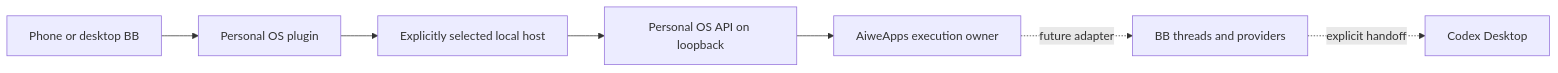
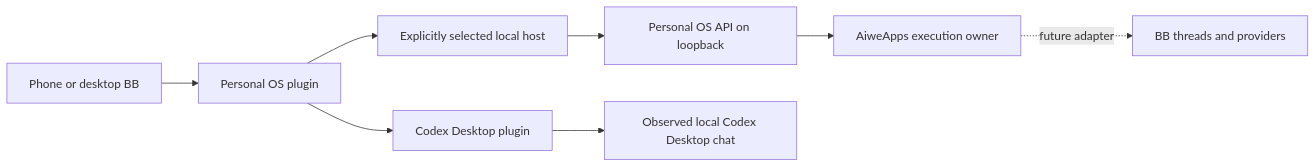
Before and after one commit to mr-procrastinator/bb: the diagram in docs/personal-os.md, drawn with Mermaid. The commit also changed other lines of this file and 11 other files, not shown here.

````diff
--- a/docs/personal-os.md
+++ b/docs/personal-os.md
@@ -11,9 +12,10 @@
 ```mermaid
 flowchart LR
   Phone[Phone or desktop BB] --> Plugin[Personal OS plugin]
   Plugin --> Host[Explicitly selected local host]
   Host --> OS[Personal OS API on loopback]
+  Plugin --> Opener[Codex Desktop plugin]
+  Opener --> Codex[Observed local Codex Desktop chat]
   OS --> Aiwe[AiweApps execution owner]
   Aiwe -. future adapter .-> BB[BB threads and providers]
-  BB -. explicit handoff .-> Codex[Codex Desktop]
 ```
````
